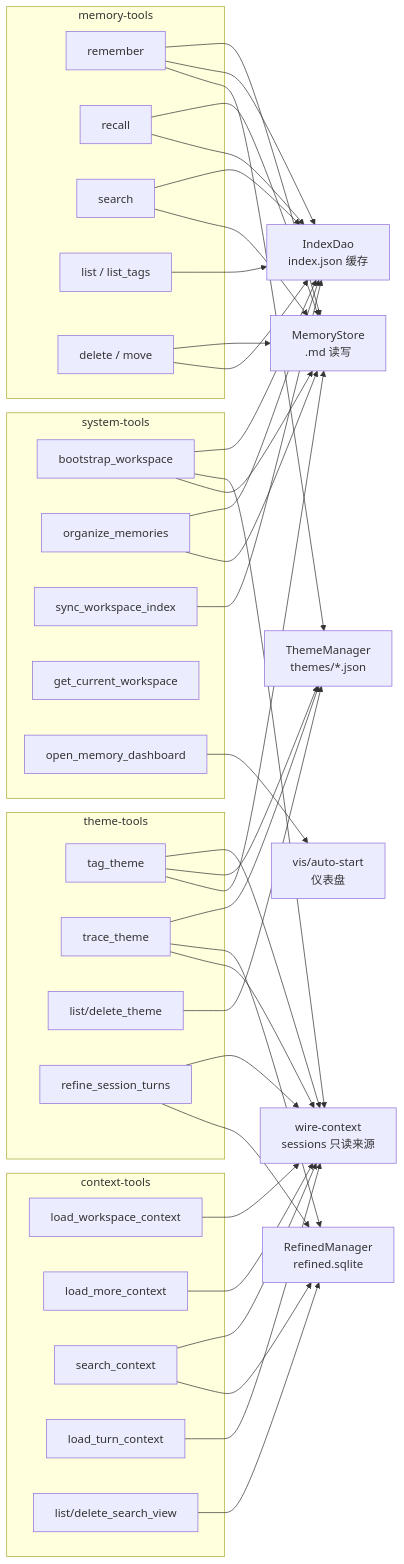
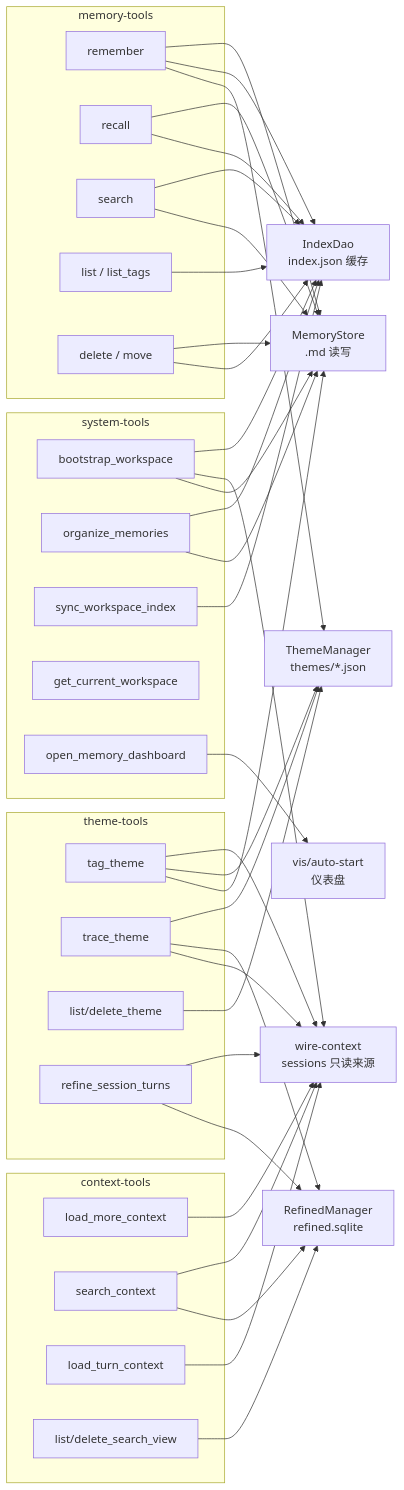
The third of 15 diagrams in docs/flow-charts.zh-CN.md (Zehee/kimi-code-memory-mcp-server), drawn with Mermaid before and after one commit. The commit also changed other lines of this file and 15 other files, not shown here.

First line of the commit message:
feat!: resume bootstrap context from previous session; drop load_workspace_context

````diff
--- a/docs/flow-charts.zh-CN.md
+++ b/docs/flow-charts.zh-CN.md
@@ -150,76 +150,74 @@
 ```mermaid
 flowchart LR
   subgraph MEM["memory-tools"]
     M1["remember"]
     M2["recall"]
     M3["search"]
     M4["list / list_tags"]
     M5["delete / move"]
   end
 
   subgraph CTXT["context-tools"]
-    C1["load_workspace_context"]
     C2["load_more_context"]
     C3["search_context"]
     C4["load_turn_context"]
     C5["list/delete_search_view"]
   end
 
   subgraph THM["theme-tools"]
     T1["tag_theme"]
     T2["trace_theme"]
     T3["list/delete_theme"]
     T4["refine_session_turns"]
   end
 
   subgraph SYS["system-tools"]
     S1["bootstrap_workspace"]
     S2["organize_memories"]
     S3["sync_workspace_index"]
     S4["get_current_workspace"]
     S5["open_memory_dashboard"]
   end
 
   MS["MemoryStore<br/>.md 读写"]
   IDX["IndexDao<br/>index.json 缓存"]
   TM["ThemeManager<br/>themes/*.json"]
   RM["RefinedManager<br/>refined.sqlite"]
   WIRE["wire-context<br/>sessions 只读来源"]
   VIS["vis/auto-start<br/>仪表盘"]
 
   M1 --> MS
   M1 --> IDX
   M1 --> TM
   M2 --> MS
   M2 --> IDX
   M3 --> IDX
   M3 --> MS
   M4 --> IDX
   M5 --> MS
   M5 --> IDX
 
-  C1 --> WIRE
   C2 --> WIRE
   C3 --> WIRE
   C3 --> RM
   C4 --> WIRE
   C5 --> RM
 
   T1 --> WIRE
   T1 --> TM
   T1 --> MS
   T2 --> TM
   T2 --> RM
   T2 --> WIRE
   T3 --> TM
   T4 --> WIRE
   T4 --> RM
 
   S1 --> IDX
   S1 --> WIRE
   S1 --> MS
   S2 --> IDX
   S2 --> MS
   S3 --> IDX
   S5 --> VIS
 ```
````
